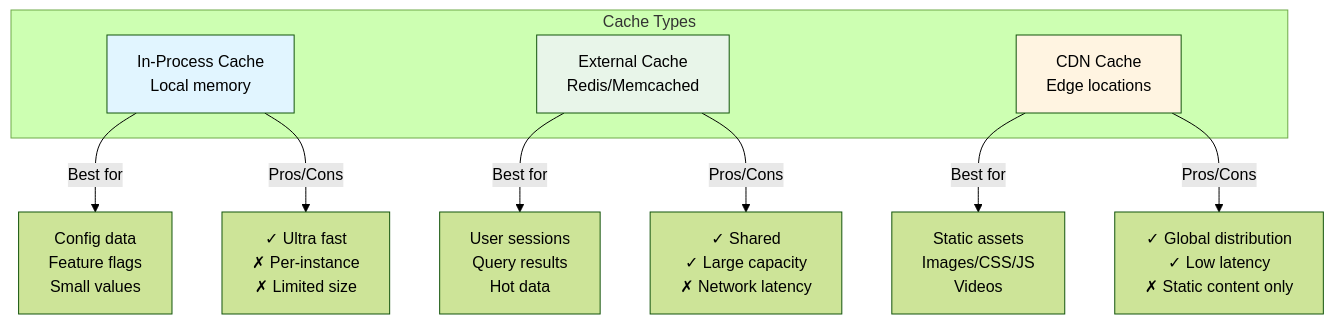
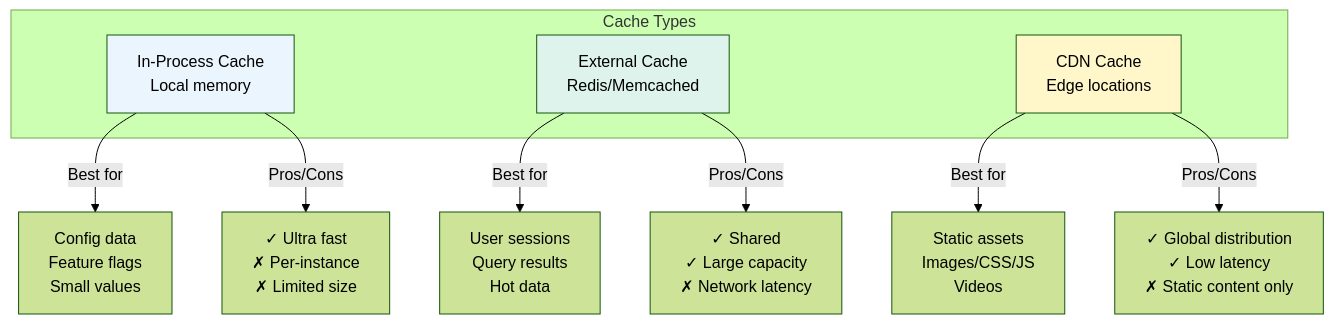
Diagram 14 of 34 in LLD/CoreConcepts/CoreConcepts.md (cartmancodes/InterviewVault), drawn with Mermaid (forest theme) before and after one commit. The commit also changed other lines of this file and 679 other files, not shown here.

Commit message:
Unify content diagrams and add accessible visual walkthroughs

````diff
--- a/LLD/CoreConcepts/CoreConcepts.md
+++ b/LLD/CoreConcepts/CoreConcepts.md
@@ -516,20 +516,20 @@
 ```mermaid
 graph TB
     subgraph "Cache Types"
         APP[In-Process Cache<br/>Local memory]
         EXT[External Cache<br/>Redis/Memcached]
         CDN[CDN Cache<br/>Edge locations]
     end
     
     APP -->|Best for| A1[Config data<br/>Feature flags<br/>Small values]
     EXT -->|Best for| E1[User sessions<br/>Query results<br/>Hot data]
     CDN -->|Best for| C1[Static assets<br/>Images/CSS/JS<br/>Videos]
     
     APP -->|Pros/Cons| A2[✓ Ultra fast<br/>✗ Per-instance<br/>✗ Limited size]
     EXT -->|Pros/Cons| E2[✓ Shared<br/>✓ Large capacity<br/>✗ Network latency]
     CDN -->|Pros/Cons| C2[✓ Global distribution<br/>✓ Low latency<br/>✗ Static content only]
     
-    style APP fill:#e1f5ff
-    style EXT fill:#e8f5e9
-    style CDN fill:#fff4e1
+    style APP fill:#EAF5FD
+    style EXT fill:#DDF3EC
+    style CDN fill:#FFF6C9
 ```
````
